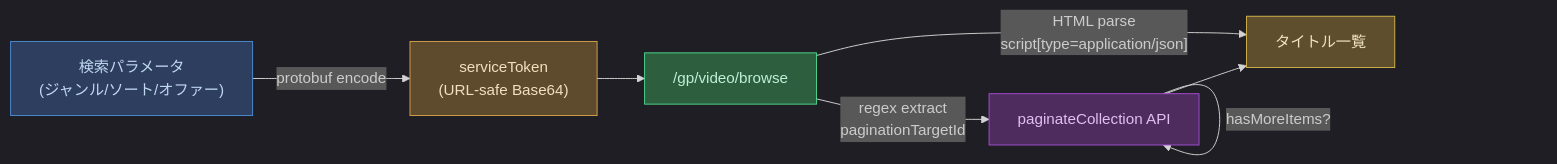
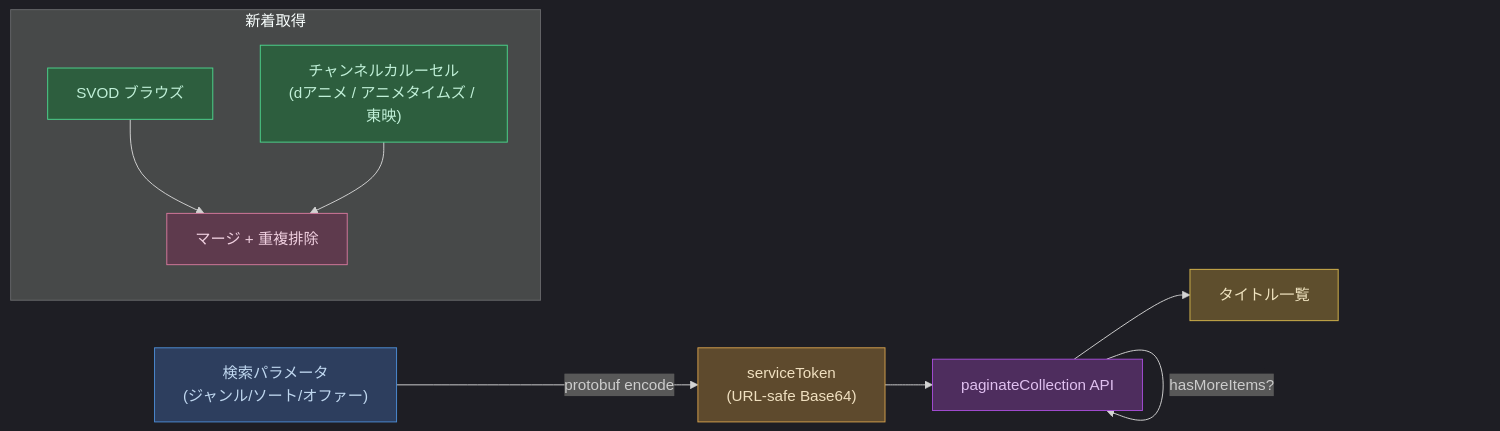
Before and after one commit to tkgstrator/anime-tracker: the second of 5 diagrams in README.ja.md, drawn with Mermaid. The commit also changed other lines of this file and 1 other file, not shown here.

````diff
--- a/README.ja.md
+++ b/README.ja.md
@@ -96,16 +106,21 @@
 ```mermaid
 %%{init: {'theme': 'dark'}}%%
 graph LR
     Params["検索パラメータ<br/>(ジャンル/ソート/オファー)"] -->|protobuf encode| Token["serviceToken<br/>(URL-safe Base64)"]
-    Token --> Browse["/gp/video/browse"]
-    Browse -->|"HTML parse<br/>script[type=application/json]"| Titles["タイトル一覧"]
-    Browse -->|"regex extract<br/>paginationTargetId"| Paginate["paginateCollection API"]
+    Token --> Paginate["paginateCollection API"]
     Paginate -->|"hasMoreItems?"| Paginate
-    Paginate --> Titles
+    Paginate --> Titles["タイトル一覧"]
+
+    subgraph 新着取得
+        SVOD["SVOD ブラウズ"] --> Union["マージ + 重複排除"]
+        Channels["チャンネルカルーセル<br/>(dアニメ / アニメタイムズ / 東映)"] --> Union
+    end
 
     style Params fill:#2d3e5e,stroke:#4c8cd4,color:#c0d8f0
     style Token fill:#5e4a2d,stroke:#d4a04c,color:#f0e0c0
-    style Browse fill:#2d5e3e,stroke:#4cd48c,color:#c0f0d8
     style Titles fill:#5e4e2d,stroke:#d4b44c,color:#f0e4c0
     style Paginate fill:#4e2d5e,stroke:#a44cd4,color:#e0c0f0
+    style SVOD fill:#2d5e3e,stroke:#4cd48c,color:#c0f0d8
+    style Channels fill:#2d5e3e,stroke:#4cd48c,color:#c0f0d8
+    style Union fill:#5e3a4d,stroke:#d4789c,color:#f0d0e0
 ```
````
